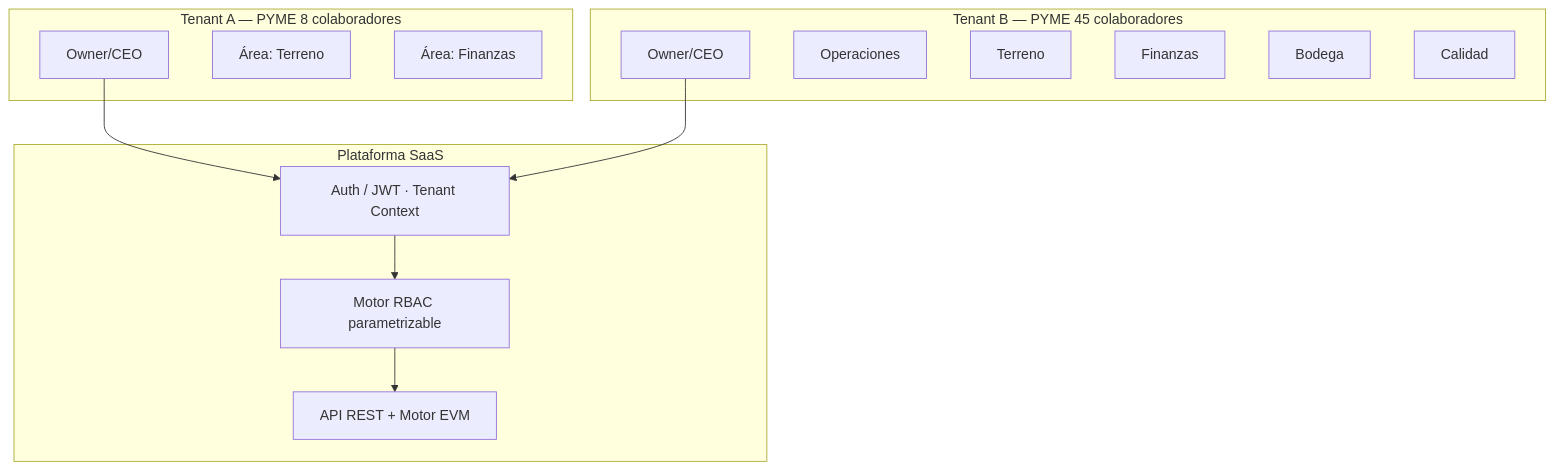
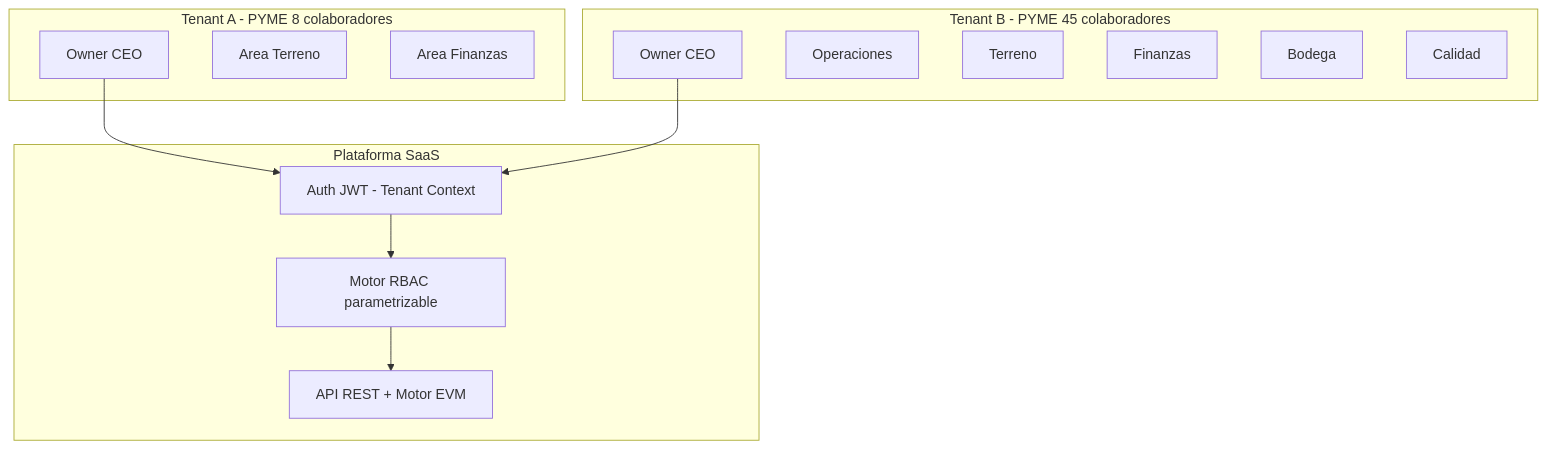
Before and after one commit to CrisLogOps/UNAB-EVM: the first of 5 diagrams in README.md, drawn with Mermaid. The commit also changed other lines of this file, not shown here.

First line of the commit message:
fix(docs): compatibilizar diagramas Mermaid con el renderer de GitHub.

````diff
--- a/README.md
+++ b/README.md
@@ -92,28 +92,28 @@
 ```mermaid
 flowchart TB
     subgraph Platform["Plataforma SaaS"]
-        AUTH["Auth / JWT · Tenant Context"]
+        AUTH["Auth JWT - Tenant Context"]
         API["API REST + Motor EVM"]
         RBAC["Motor RBAC parametrizable"]
     end
 
-    subgraph TenantA["Tenant A — PYME 8 colaboradores"]
-        OA["Owner/CEO"]
-        AA1["Área: Terreno"]
-        AA2["Área: Finanzas"]
+    subgraph TenantA["Tenant A - PYME 8 colaboradores"]
+        OA["Owner CEO"]
+        AA1["Area Terreno"]
+        AA2["Area Finanzas"]
     end
 
-    subgraph TenantB["Tenant B — PYME 45 colaboradores"]
-        OB["Owner/CEO"]
+    subgraph TenantB["Tenant B - PYME 45 colaboradores"]
+        OB["Owner CEO"]
         AB1["Operaciones"]
         AB2["Terreno"]
         AB3["Finanzas"]
         AB4["Bodega"]
         AB5["Calidad"]
     end
 
     OA --> AUTH
     OB --> AUTH
     AUTH --> RBAC
     RBAC --> API
 ```
````
